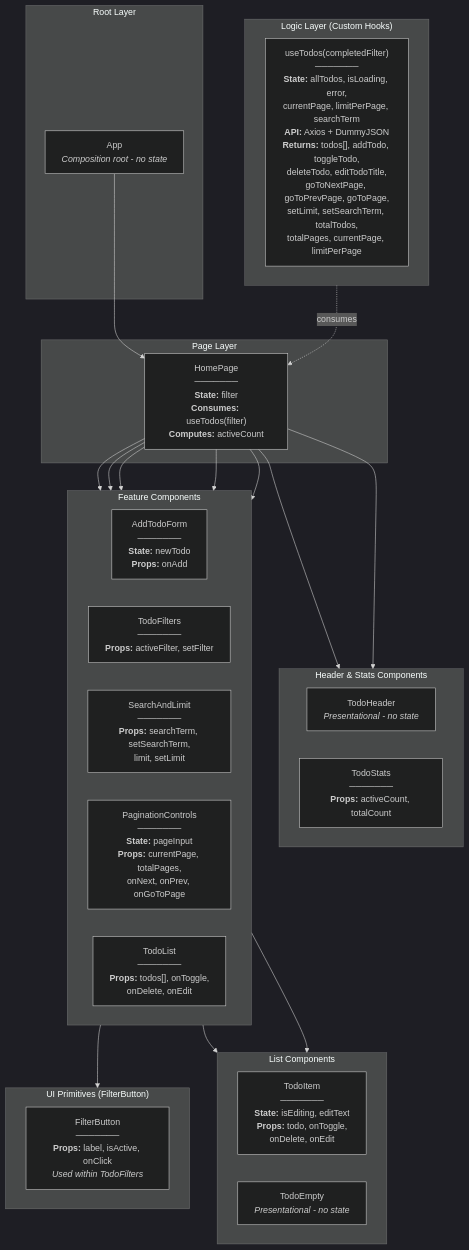
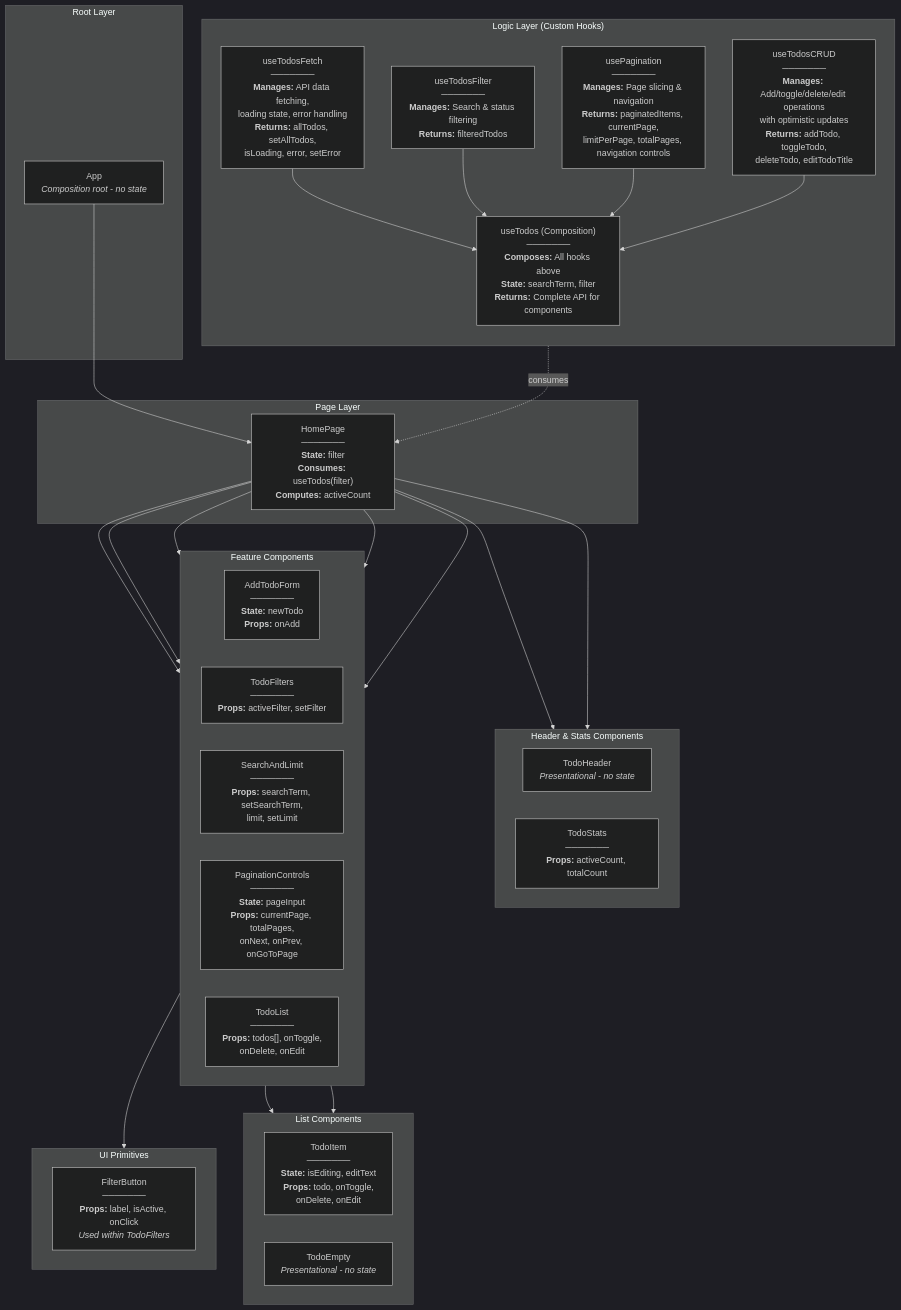
One commit to tosentai/react_lab4-6 changed the diagram in README.md. Above: the diagram before and after it, drawn with Mermaid (dark theme). The commit also changed other lines of this file, not shown here.

Commit message:
docs: update README to reflect modular hook architecture

````diff
--- a/README.md
+++ b/README.md
@@ -41,56 +114,65 @@
 ```mermaid
 graph TB;
     subgraph L1["Logic Layer (Custom Hooks)"]
-        direction LR
-        H1["useTodos(completedFilter)<br/>───────<br/><b>State:</b> allTodos, isLoading, error,<br/>currentPage, limitPerPage, searchTerm<br/><b>API:</b> Axios + DummyJSON<br/><b>Returns:</b> todos[], addTodo, toggleTodo,<br/>deleteTodo, editTodoTitle,<br/>goToNextPage, goToPrevPage, goToPage,<br/>setLimit, setSearchTerm, totalTodos,<br/>totalPages, currentPage, limitPerPage"]
+        direction TB
+        H1["useTodosFetch<br/>───────<br/><b>Manages:</b> API data fetching,<br/>loading state, error handling<br/><b>Returns:</b> allTodos, setAllTodos,<br/>isLoading, error, setError"]
+        H2["useTodosFilter<br/>───────<br/><b>Manages:</b> Search & status filtering<br/><b>Returns:</b> filteredTodos"]
+        H3["usePagination<br/>───────<br/><b>Manages:</b> Page slicing & navigation<br/><b>Returns:</b> paginatedItems, currentPage,<br/>limitPerPage, totalPages, navigation controls"]
+        H4["useTodosCRUD<br/>───────<br/><b>Manages:</b> Add/toggle/delete/edit operations<br/>with optimistic updates<br/><b>Returns:</b> addTodo, toggleTodo,<br/>deleteTodo, editTodoTitle"]
+        H5["useTodos (Composition)<br/>───────<br/><b>Composes:</b> All hooks above<br/><b>State:</b> searchTerm, filter<br/><b>Returns:</b> Complete API for components"]
+
+        H1 --> H5
+        H2 --> H5
+        H3 --> H5
+        H4 --> H5
     end
 
     subgraph L2["Root Layer"]
         App["App<br/><i>Composition root - no state</i>"]
     end
 
     subgraph L3["Page Layer"]
         HomePage["HomePage<br/>───────<br/><b>State:</b> filter<br/><b>Consumes:</b> useTodos(filter)<br/><b>Computes:</b> activeCount"]
     end
 
     subgraph L4["Header & Stats Components"]
         direction LR
         TodoHeader["TodoHeader<br/><i>Presentational - no state</i>"]
         TodoStats["TodoStats<br/>───────<br/><b>Props:</b> activeCount, totalCount"]
     end
 
     subgraph L5["Feature Components"]
         direction LR
         F1["AddTodoForm<br/>───────<br/><b>State:</b> newTodo<br/><b>Props:</b> onAdd"]
         F2["TodoFilters<br/>───────<br/><b>Props:</b> activeFilter, setFilter"]
         F3["SearchAndLimit<br/>───────<br/><b>Props:</b> searchTerm, setSearchTerm,<br/>limit, setLimit"]
         F4["PaginationControls<br/>───────<br/><b>State:</b> pageInput<br/><b>Props:</b> currentPage, totalPages,<br/>onNext, onPrev, onGoToPage"]
         F5["TodoList<br/>───────<br/><b>Props:</b> todos[], onToggle,<br/>onDelete, onEdit"]
     end
 
     subgraph L6["List Components"]
         direction LR
         TodoItem["TodoItem<br/>───────<br/><b>State:</b> isEditing, editText<br/><b>Props:</b> todo, onToggle,<br/>onDelete, onEdit"]
         TodoEmpty["TodoEmpty<br/><i>Presentational - no state</i>"]
     end
 
-    subgraph L7["UI Primitives (FilterButton)"]
+    subgraph L7["UI Primitives"]
         direction LR
         FilterButton["FilterButton<br/>───────<br/><b>Props:</b> label, isActive, onClick<br/><i>Used within TodoFilters</i>"]
     end
 
-    H1 -.->|consumes| HomePage
+    H5 -.->|consumes| HomePage
 
     App --> HomePage
     HomePage --> TodoHeader
     HomePage --> F1
     HomePage --> F2
     HomePage --> F3
     HomePage --> F4
     HomePage --> F5
     HomePage --> TodoStats
 
     F5 --> TodoItem
     F5 --> TodoEmpty
     F2 --> FilterButton
 ```
````
